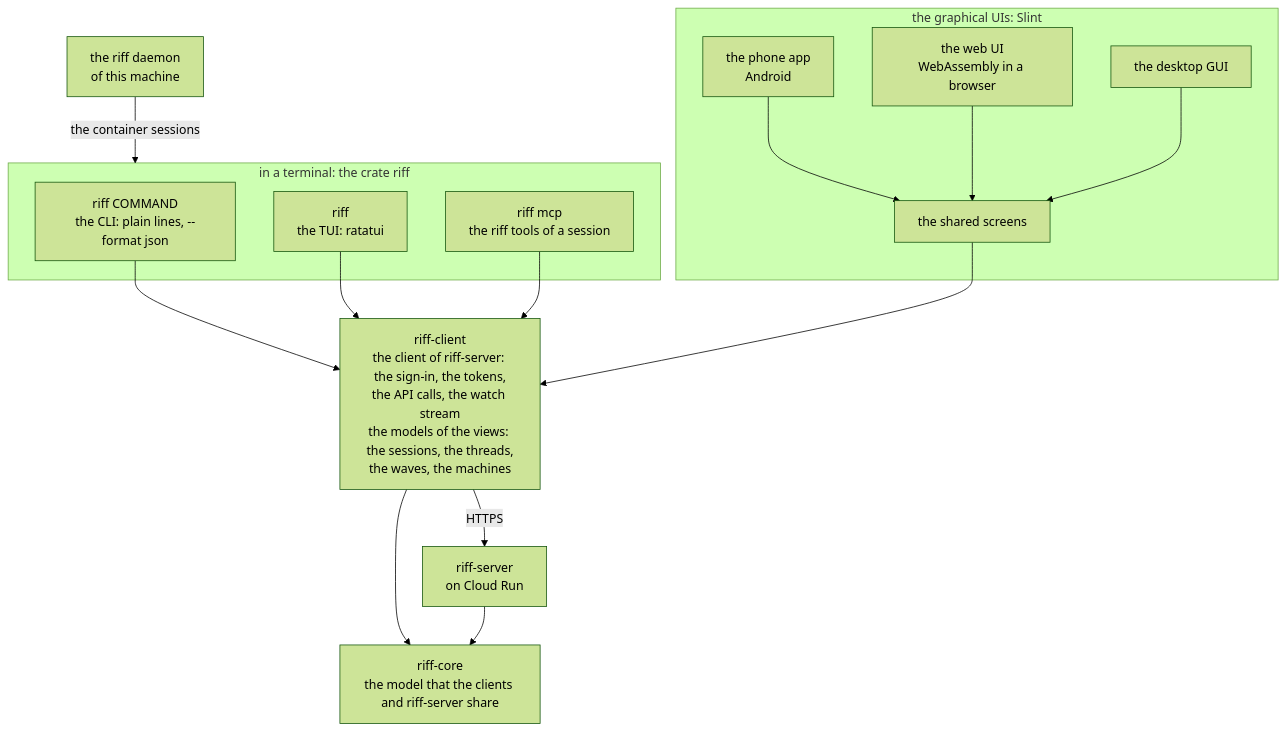
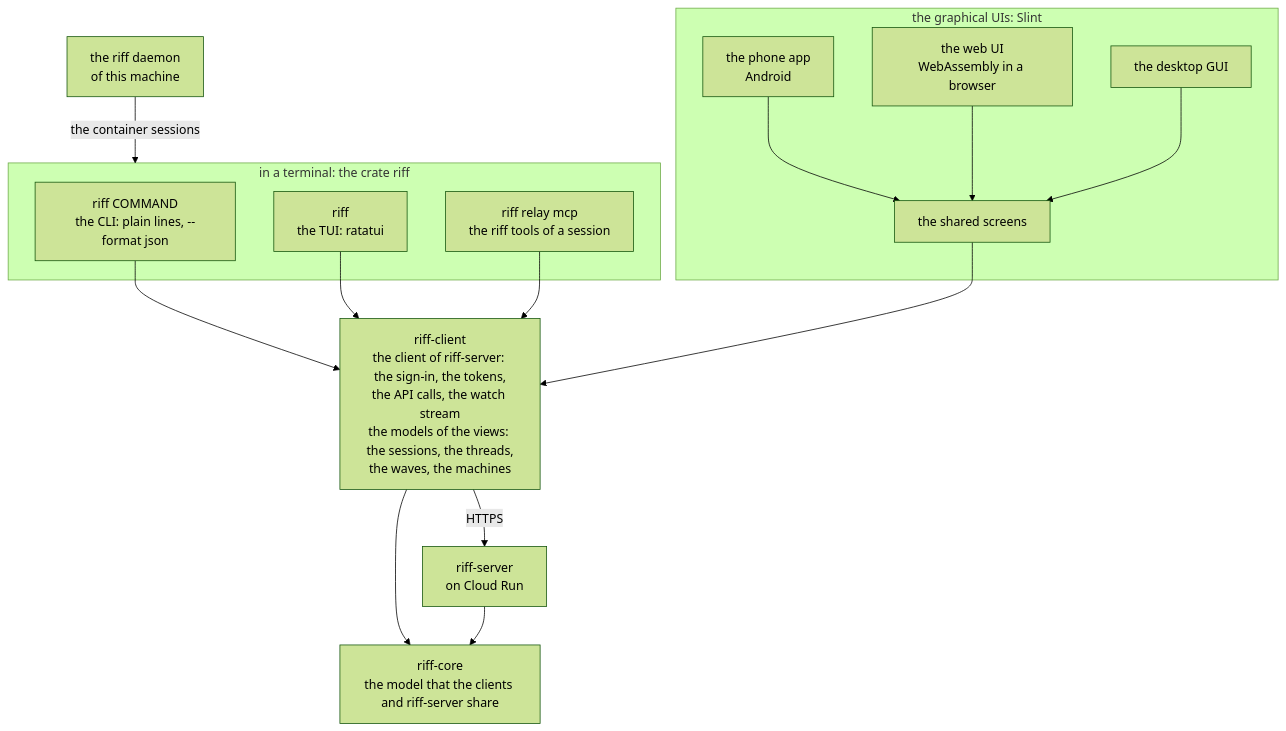
The first of 5 diagrams in docs/src/riff-uis.md (como-technologies/riff), drawn with Mermaid (forest theme) before and after one commit. The commit also changed other lines of this file and 94 other files, not shown here.

First line of the commit message:
riff 4.0 slice 2: remove the plugin, the hooks and the commands for a session on the host (#1200)

````diff
--- a/docs/src/riff-uis.md
+++ b/docs/src/riff-uis.md
@@ -34,26 +34,26 @@
 ```mermaid
 flowchart TB
     subgraph T["in a terminal: the crate riff"]
         CLI["riff COMMAND<br/>the CLI: plain lines, --format json"]
         TUI["riff<br/>the TUI: ratatui"]
-        MCP["riff mcp<br/>the riff tools of a session"]
+        MCP["riff relay mcp<br/>the riff tools of a session"]
     end
     subgraph G["the graphical UIs: Slint"]
         PH["the phone app<br/>Android"]
         WEB["the web UI<br/>WebAssembly in a browser"]
         DT["the desktop GUI"]
         SC["the shared screens"]
         PH --> SC
         WEB --> SC
         DT --> SC
     end
     CLI --> C
     TUI --> C
     MCP --> C
     SC --> C
     C["riff-client<br/>the client of riff-server: the sign-in, the tokens,<br/>the API calls, the watch stream<br/>the models of the views: the sessions, the threads,<br/>the waves, the machines"]
     C --> K["riff-core<br/>the model that the clients and riff-server share"]
     C -- "HTTPS" --> S["riff-server<br/>on Cloud Run"]
     S --> K
     D["the riff daemon<br/>of this machine"] -- "the container sessions" --> T
 ```
````
